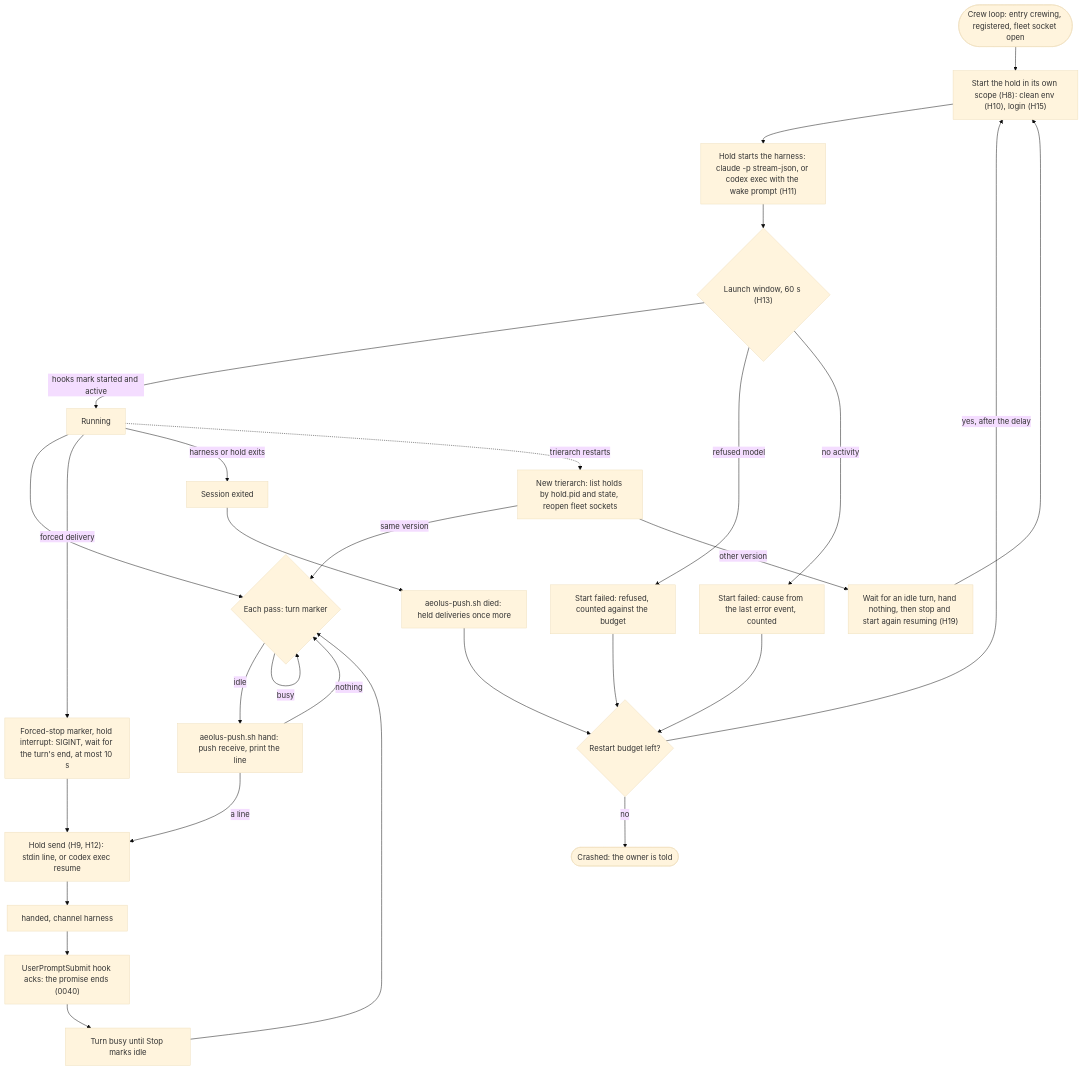
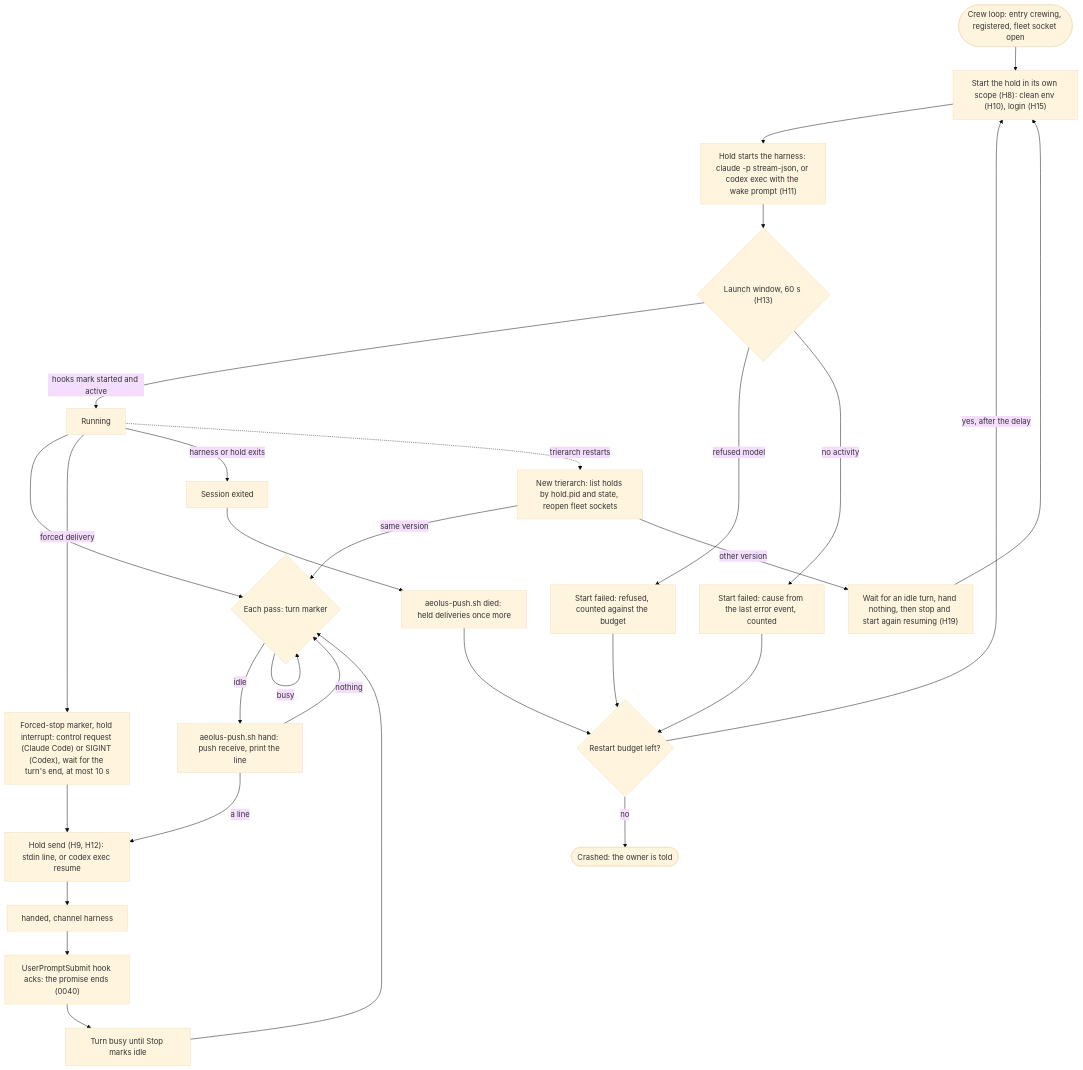
One commit to ThomasHendrickx/aeolus-fleet changed the diagram in docs/design/headless/headless.md. Above: the diagram before and after it, drawn with Mermaid (base theme). The commit also changed other lines of this file, not shown here.

First line of the commit message:
docs(design): headless H12 interrupts Claude Code with the stream-json control request

````diff
--- a/docs/design/headless/headless.md
+++ b/docs/design/headless/headless.md
@@ -93,28 +93,28 @@
 ```mermaid
 flowchart TD
   crew([Crew loop: entry crewing, registered, fleet socket open]) --> start["Start the hold in its own scope (H8): clean env (H10), login (H15)"]
   start --> harness["Hold starts the harness: claude -p stream-json, or codex exec with the wake prompt (H11)"]
   harness --> window{"Launch window, 60 s (H13)"}
   window -->|hooks mark started and active| run[Running]
   window -->|refused model| refused[Start failed: refused, counted against the budget]
   window -->|no activity| cause["Start failed: cause from the last error event, counted"]
   refused --> budget
   cause --> budget
   run --> pass{Each pass: turn marker}
   pass -->|busy| pass
   pass -->|idle| hand["aeolus-push.sh hand: push receive, print the line"]
   hand -->|nothing| pass
   hand -->|a line| send["Hold send (H9, H12): stdin line, or codex exec resume"]
   send --> handed["handed, channel harness"]
   handed --> hook["UserPromptSubmit hook acks: the promise ends (0040)"]
   hook --> turn[Turn busy until Stop marks idle] --> pass
-  run -->|forced delivery| force["Forced-stop marker, hold interrupt: SIGINT, wait for the turn's end, at most 10 s"]
+  run -->|forced delivery| force["Forced-stop marker, hold interrupt: control request (Claude Code) or SIGINT (Codex), wait for the turn's end, at most 10 s"]
   force --> send
   run -->|harness or hold exits| exited[Session exited] --> died["aeolus-push.sh died: held deliveries once more"]
   died --> budget{Restart budget left?}
   budget -->|yes, after the delay| start
   budget -->|no| crashed([Crashed: the owner is told])
   run -.->|trierarch restarts| relist["New trierarch: list holds by hold.pid and state, reopen fleet sockets"]
   relist -->|same version| pass
   relist -->|other version| idle["Wait for an idle turn, hand nothing, then stop and start again resuming (H19)"] --> start
 ```
````
